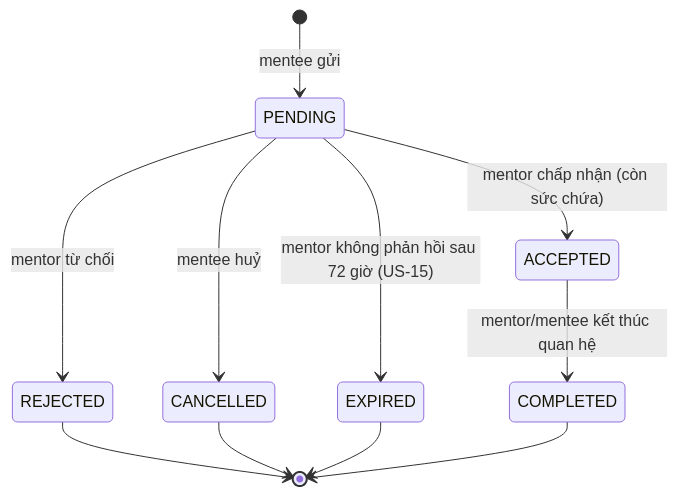
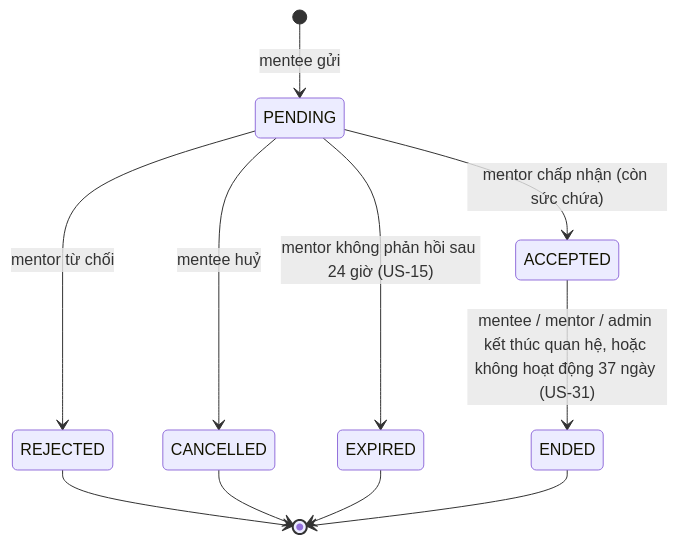
The fifth of 8 diagrams in docs/business-domain-mentor-mentee.md (quangpham10212004/do_an_2026), drawn with Mermaid before and after one commit. The commit also changed other lines of this file and 12 other files, not shown here.

````diff
--- a/docs/business-domain-mentor-mentee.md
+++ b/docs/business-domain-mentor-mentee.md
@@ -403,13 +421,13 @@
 ```mermaid
 stateDiagram-v2
     [*] --> PENDING: mentee gửi
     PENDING --> ACCEPTED: mentor chấp nhận (còn sức chứa)
     PENDING --> REJECTED: mentor từ chối
     PENDING --> CANCELLED: mentee huỷ
-    PENDING --> EXPIRED: mentor không phản hồi sau 72 giờ (US-15)
-    ACCEPTED --> COMPLETED: mentor/mentee kết thúc quan hệ
+    PENDING --> EXPIRED: mentor không phản hồi sau 24 giờ (US-15)
+    ACCEPTED --> ENDED: mentee / mentor / admin kết thúc quan hệ, hoặc không hoạt động 37 ngày (US-31)
     REJECTED --> [*]
     CANCELLED --> [*]
     EXPIRED --> [*]
-    COMPLETED --> [*]
+    ENDED --> [*]
 ```
````
